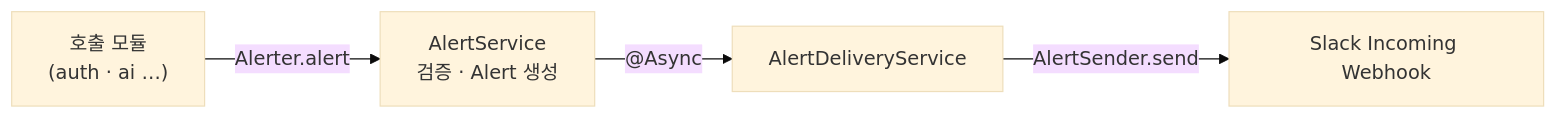
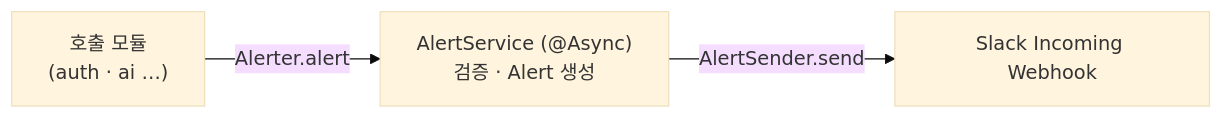
One commit to DaeSaBu/meongcoach-BE changed the diagram in docs/alert.md. Above: the diagram before and after it, drawn with Mermaid (base theme). The commit also changed other lines of this file, not shown here.

Commit message:
docs(alert): 서비스 통합에 맞춰 비동기·검증 설명 수정

````diff
--- a/docs/alert.md
+++ b/docs/alert.md
@@ -7,6 +7,5 @@
 ```mermaid
 flowchart LR
-    Caller["호출 모듈<br/>(auth · ai …)"] -- "Alerter.alert" --> Service["AlertService<br/>검증 · Alert 생성"]
-    Service -- "@Async" --> Delivery["AlertDeliveryService"]
-    Delivery -- "AlertSender.send" --> Slack["Slack Incoming Webhook"]
+    Caller["호출 모듈<br/>(auth · ai …)"] -- "Alerter.alert" --> Service["AlertService (@Async)<br/>검증 · Alert 생성"]
+    Service -- "AlertSender.send" --> Slack["Slack Incoming Webhook"]
 ```
````
